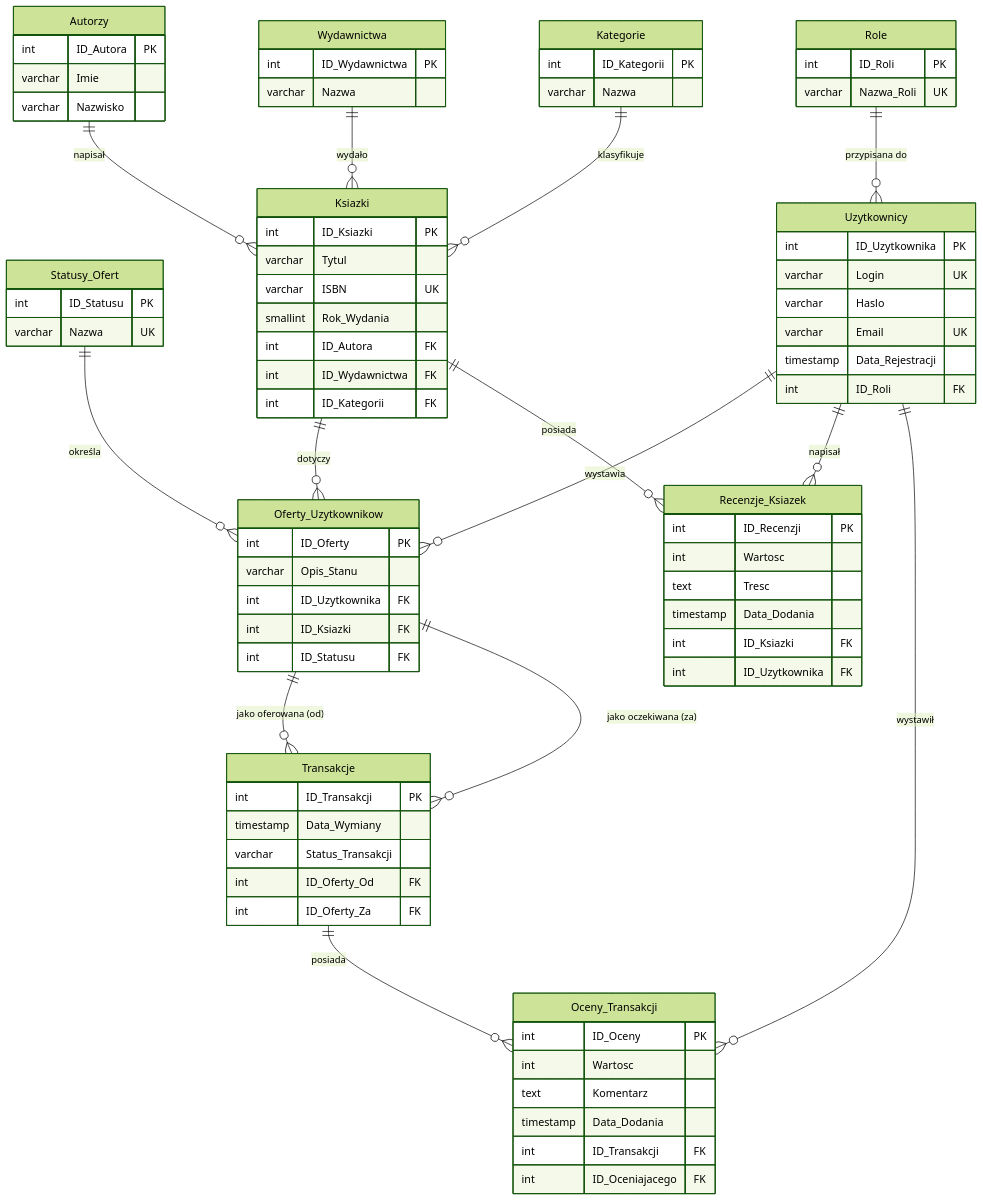
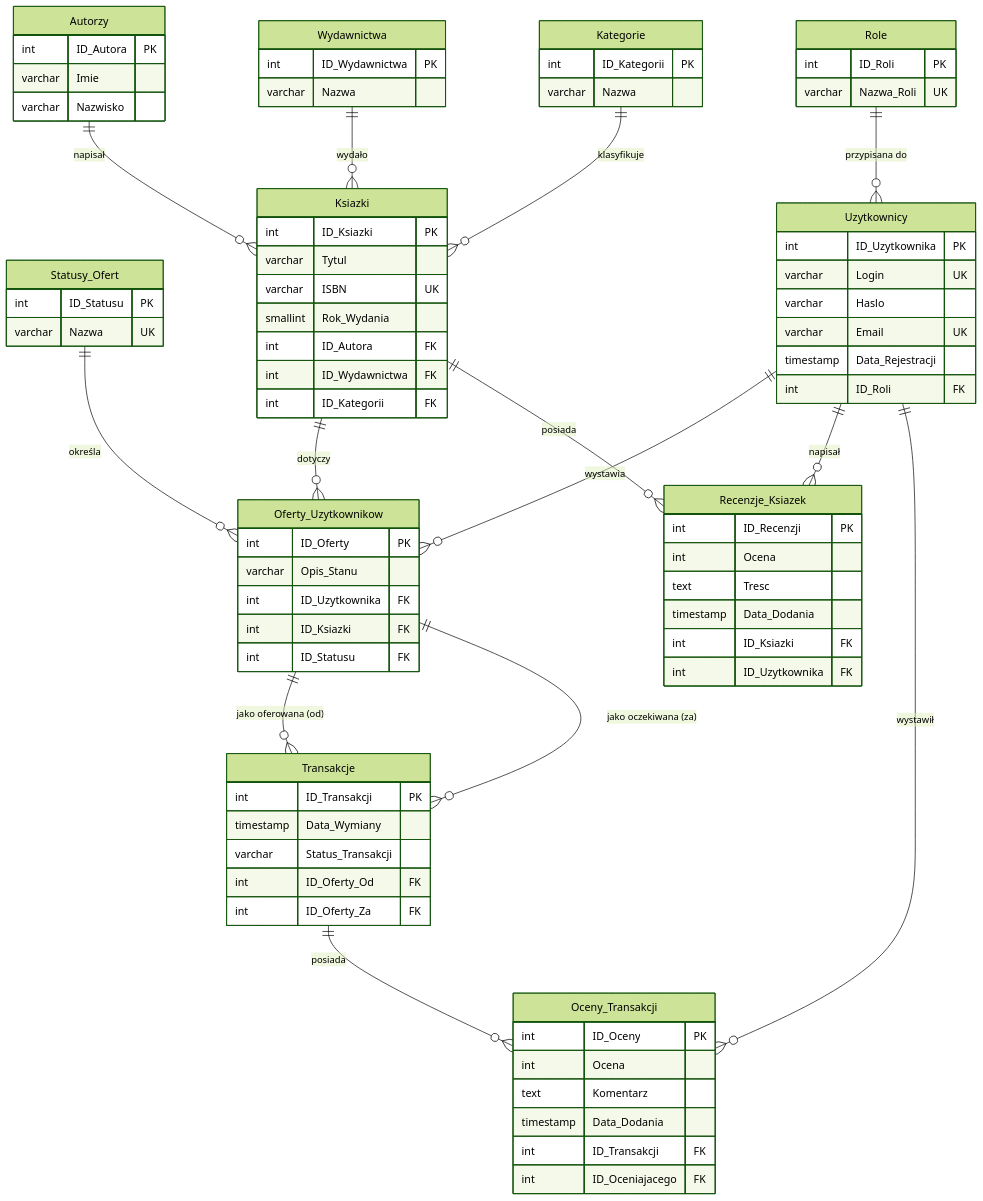
Before and after one commit to Martynka123-code/platforma-wymiany-ksiazek: the diagram in README.md, drawn with Mermaid (forest theme).

Commit message:
Wartosc to Ocena in ERD

```diff
--- a/README.md
+++ b/README.md
@@ -66,7 +66,7 @@
     }
     Recenzje_Ksiazek {
         int ID_Recenzji PK
-        int Wartosc
+        int Ocena
         text Tresc
         timestamp Data_Dodania
         int ID_Ksiazki FK
@@ -74,7 +74,7 @@
     }
     Oceny_Transakcji {
         int ID_Oceny PK
-        int Wartosc
+        int Ocena
         text Komentarz
         timestamp Data_Dodania
         int ID_Transakcji FK
```
